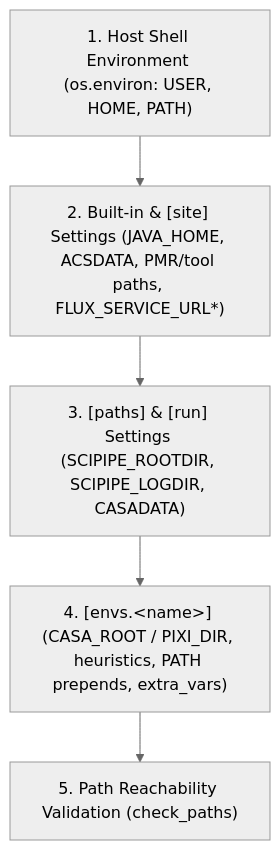
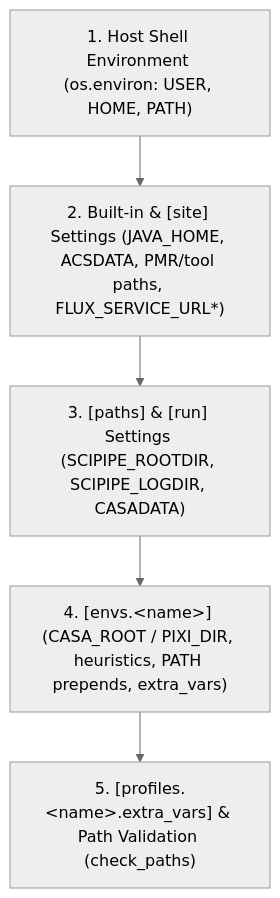
The third of 5 diagrams in docs/guide.md (ra-pipeline/calibpipe), drawn with Mermaid (neutral theme) before and after one commit. The commit also changed other lines of this file and 3 other files, not shown here.

First line of the commit message:
feat(config): support extra_vars on profiles

````diff
--- a/docs/guide.md
+++ b/docs/guide.md
@@ -679,7 +679,7 @@
 ```mermaid
 flowchart TD
     A["1. Host Shell Environment (os.environ: USER, HOME, PATH)"] --> B["2. Built-in &amp; [site] Settings (JAVA_HOME, ACSDATA, PMR/tool paths, FLUX_SERVICE_URL*)"]
     B --> C["3. [paths] &amp; [run] Settings (SCIPIPE_ROOTDIR, SCIPIPE_LOGDIR, CASADATA)"]
     C --> D["4. [envs.&lt;name&gt;] (CASA_ROOT / PIXI_DIR, heuristics, PATH prepends, extra_vars)"]
-    D --> E["5. Path Reachability Validation (check_paths)"]
+    D --> E["5. [profiles.&lt;name&gt;.extra_vars] &amp; Path Validation (check_paths)"]
 ```
````
